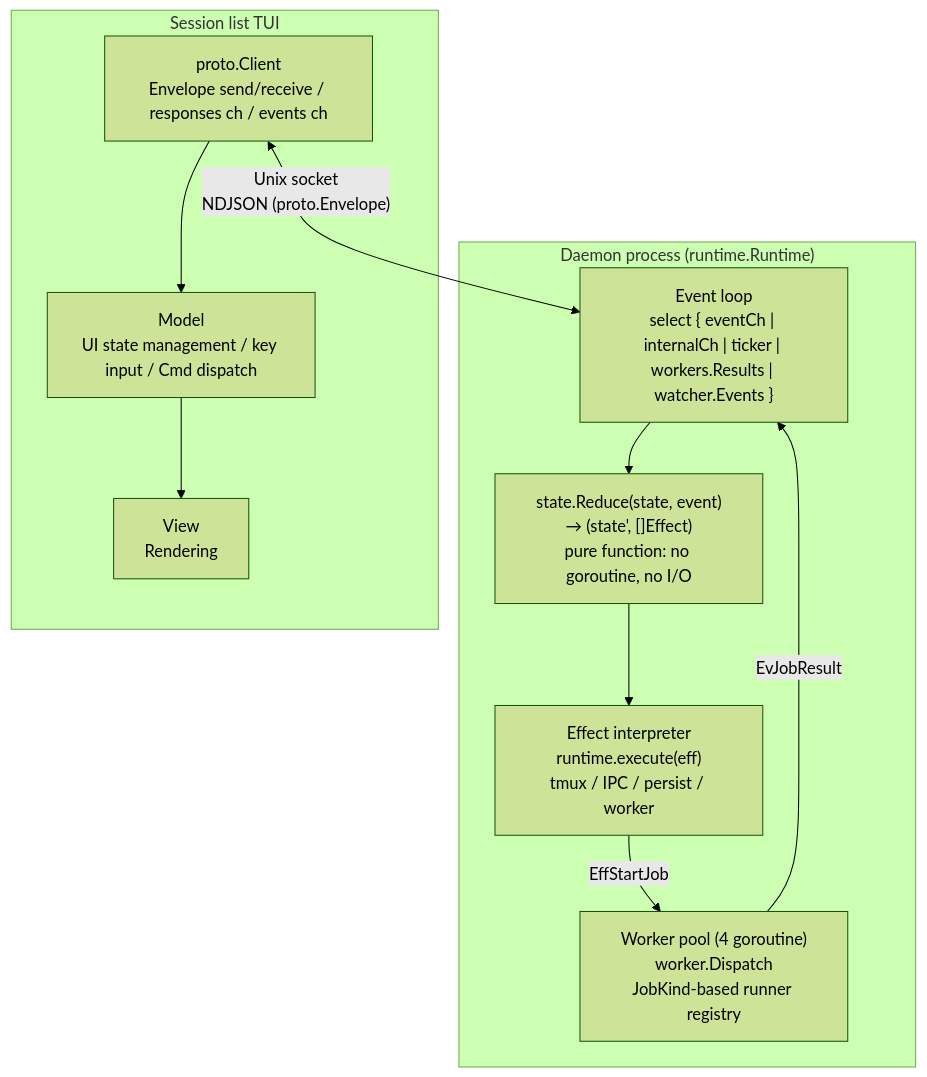
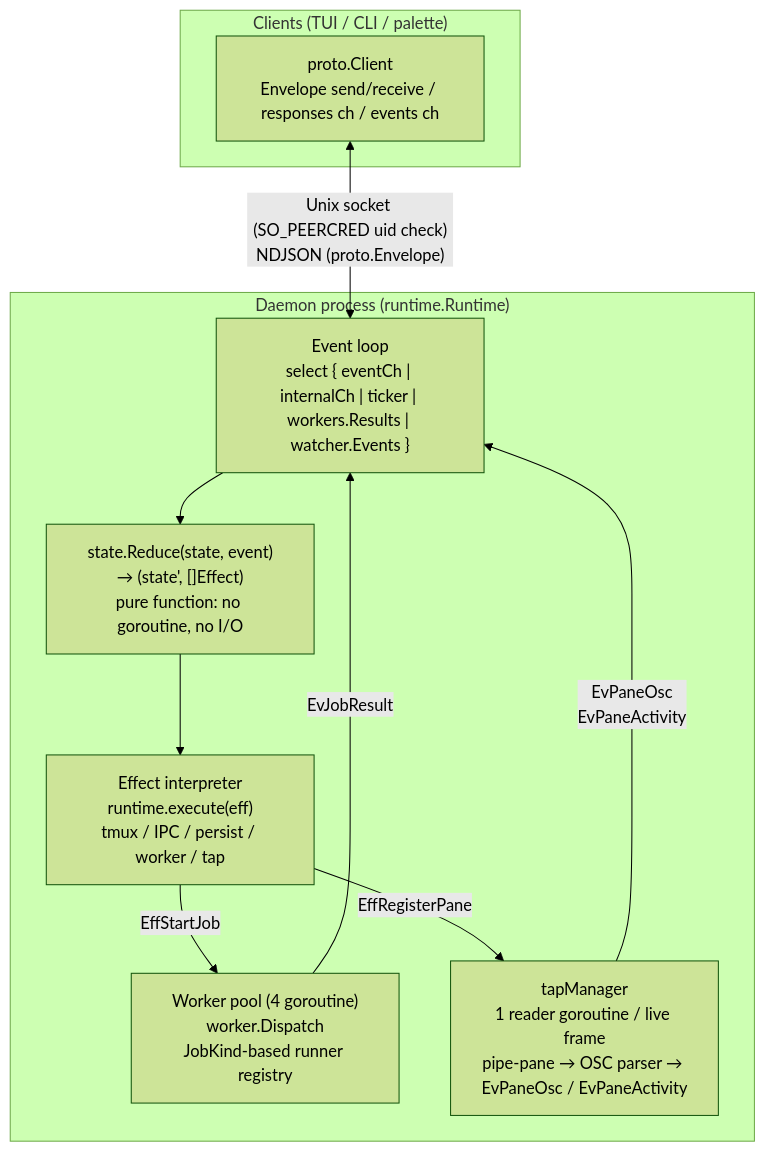
Before and after one commit to takezoh/agent-roost: the first of 6 diagrams in docs/ipc.md, drawn with Mermaid (forest theme). The commit also changed other lines of this file and 3 other files, not shown here.

First line of the commit message:
docs: update ipc, process-model, state-monitoring, interfaces for S1–S5

````diff
--- a/docs/ipc.md
+++ b/docs/ipc.md
@@ -9,24 +9,23 @@
 ```mermaid
 flowchart TB
     subgraph daemon["Daemon process (runtime.Runtime)"]
         EL["Event loop<br/>select { eventCh | internalCh | ticker | workers.Results | watcher.Events }"]
         Reduce["state.Reduce(state, event)<br/>→ (state', []Effect)<br/>pure function: no goroutine, no I/O"]
-        Interp["Effect interpreter<br/>runtime.execute(eff)<br/>tmux / IPC / persist / worker"]
+        Interp["Effect interpreter<br/>runtime.execute(eff)<br/>tmux / IPC / persist / worker / tap"]
         Pool["Worker pool (4 goroutine)<br/>worker.Dispatch<br/>JobKind-based runner registry"]
+        Tap["tapManager<br/>1 reader goroutine / live frame<br/>pipe-pane → OSC parser → EvPaneOsc / EvPaneActivity"]
 
         EL --> Reduce
         Reduce --> Interp
         Interp -->|EffStartJob| Pool
         Pool -->|EvJobResult| EL
+        Interp -->|EffRegisterPane| Tap
+        Tap -->|"EvPaneOsc<br/>EvPaneActivity"| EL
     end
 
-    subgraph tui["Session list TUI"]
+    subgraph clients["Clients (TUI / CLI / palette)"]
         Client["proto.Client<br/>Envelope send/receive / responses ch / events ch"]
-        Model["Model<br/>UI state management / key input / Cmd dispatch"]
-        View["View<br/>Rendering"]
-
-        Client --> Model --> View
     end
 
-    Client <-->|"Unix socket<br/>NDJSON (proto.Envelope)"| EL
+    Client <-->|"Unix socket (SO_PEERCRED uid check)<br/>NDJSON (proto.Envelope)"| EL
 ```
````
